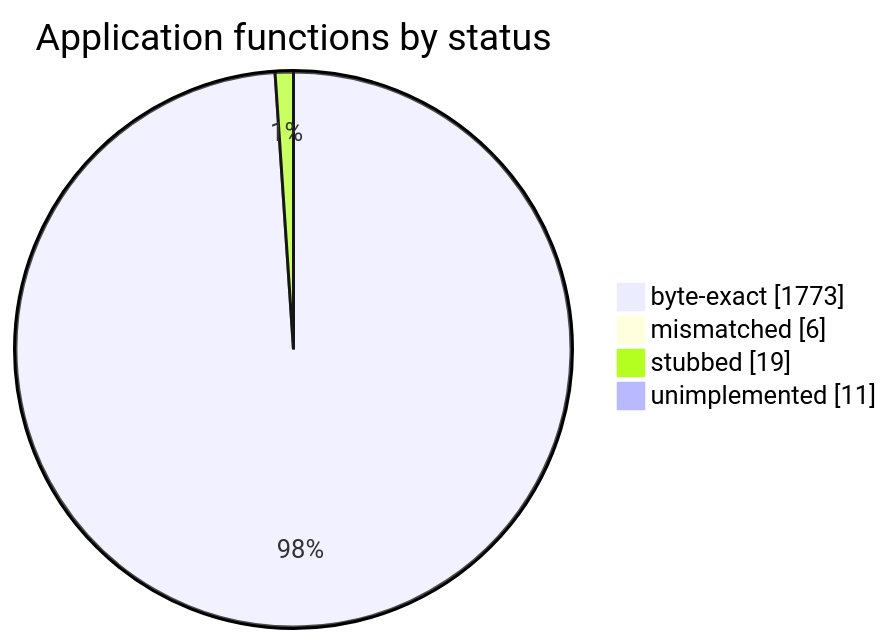
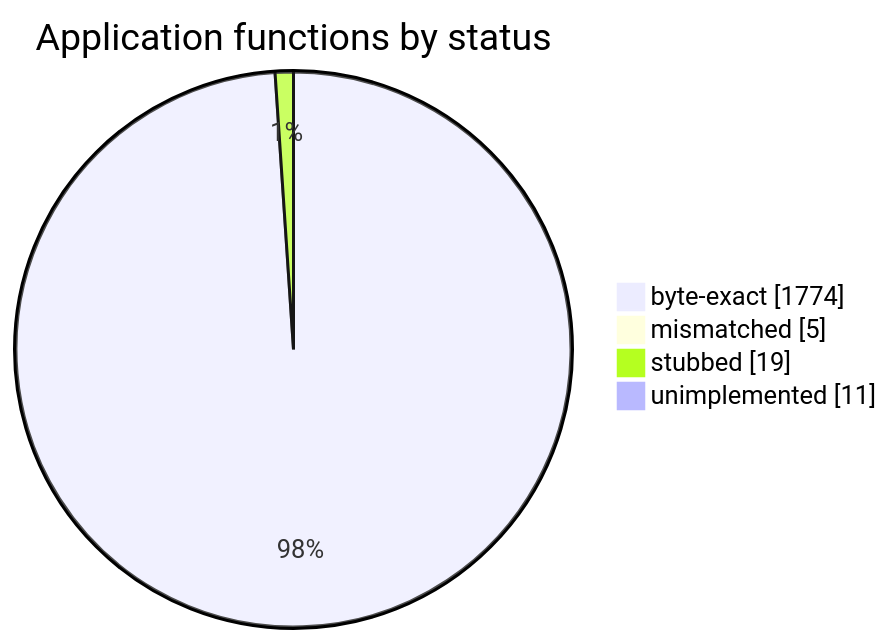
The diagram in README.md (sorokya/eos), drawn with Mermaid before and after one commit. The commit also changed other lines of this file and 1 other file, not shown here.

````diff
--- a/README.md
+++ b/README.md
@@ -154,8 +154,8 @@
 ```mermaid
 pie showData
     title Application functions by status
-    "byte-exact" : 1773
-    "mismatched" : 6
+    "byte-exact" : 1774
+    "mismatched" : 5
     "stubbed" : 19
     "unimplemented" : 11
 ```
````
